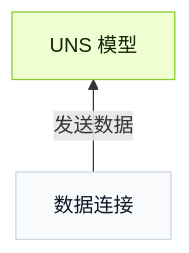
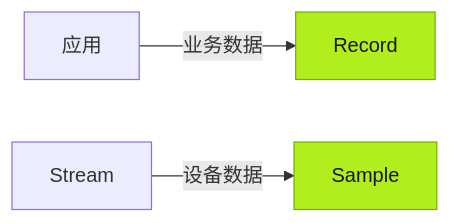
One commit to FREEZONEX/Tier0-docs-site changed the second of 3 diagrams in src/content/docs/zh-cn/using-tier0/preparing-data-foundation.mdx. Above: the diagram before and after it, drawn with Mermaid. The commit also changed other lines of this file and 98 other files, not shown here.

````diff
--- a/src/content/docs/zh-cn/using-tier0/preparing-data-foundation.mdx
+++ b/src/content/docs/zh-cn/using-tier0/preparing-data-foundation.mdx
@@ -13,12 +44,7 @@
 ```mermaid
-flowchart BT
-  uns["UNS 模型"]
-  flow["数据连接"]
-
-  flow -->|"发送数据"| uns
-
-  classDef t0accent fill:#EFFFD2,stroke:#8AC926,stroke-width:1px,color:#18230B
-  classDef t0node fill:#F8FAFC,stroke:#CBD5E1,stroke-width:1px,color:#111827
-  class uns t0accent
-  class flow t0node
+flowchart LR
+  app["应用"] -->|"业务数据"| record["Record"]
+  stream["Stream"] -->|"设备数据"| sample["Sample"]
+  classDef t0accent fill:#B2ED1D,stroke:#73B200,color:#171717
+  class record,sample t0accent
 ```
````
